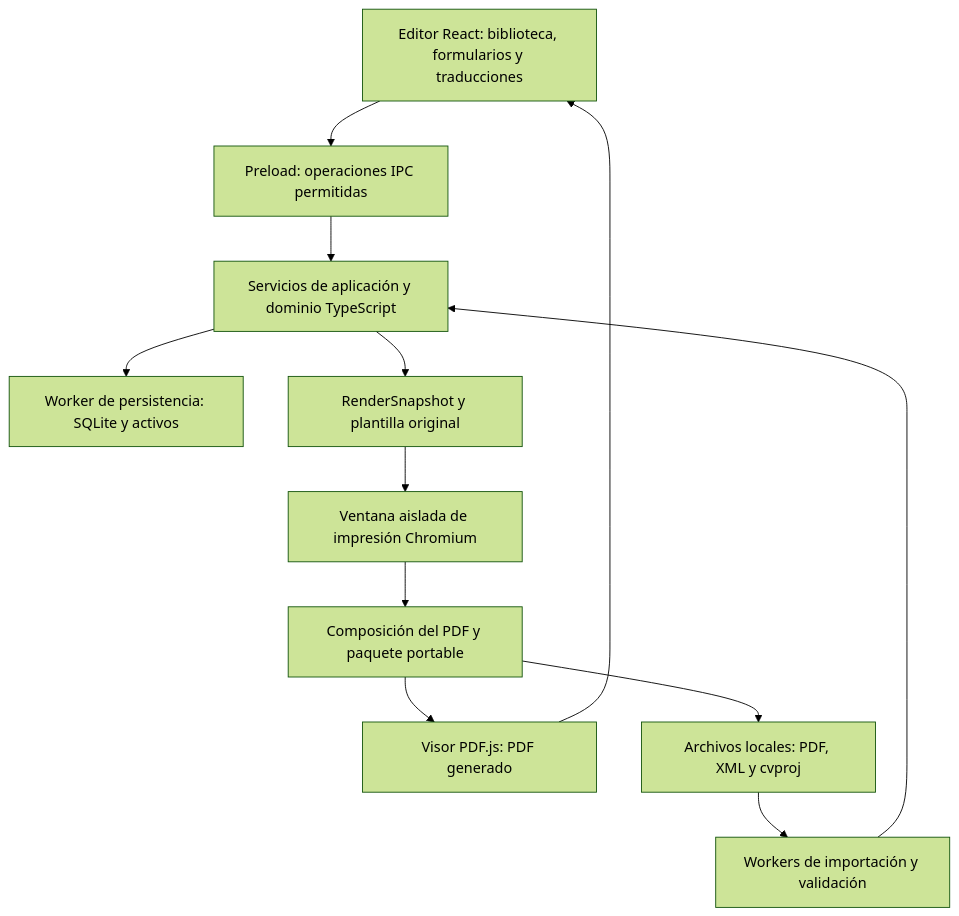
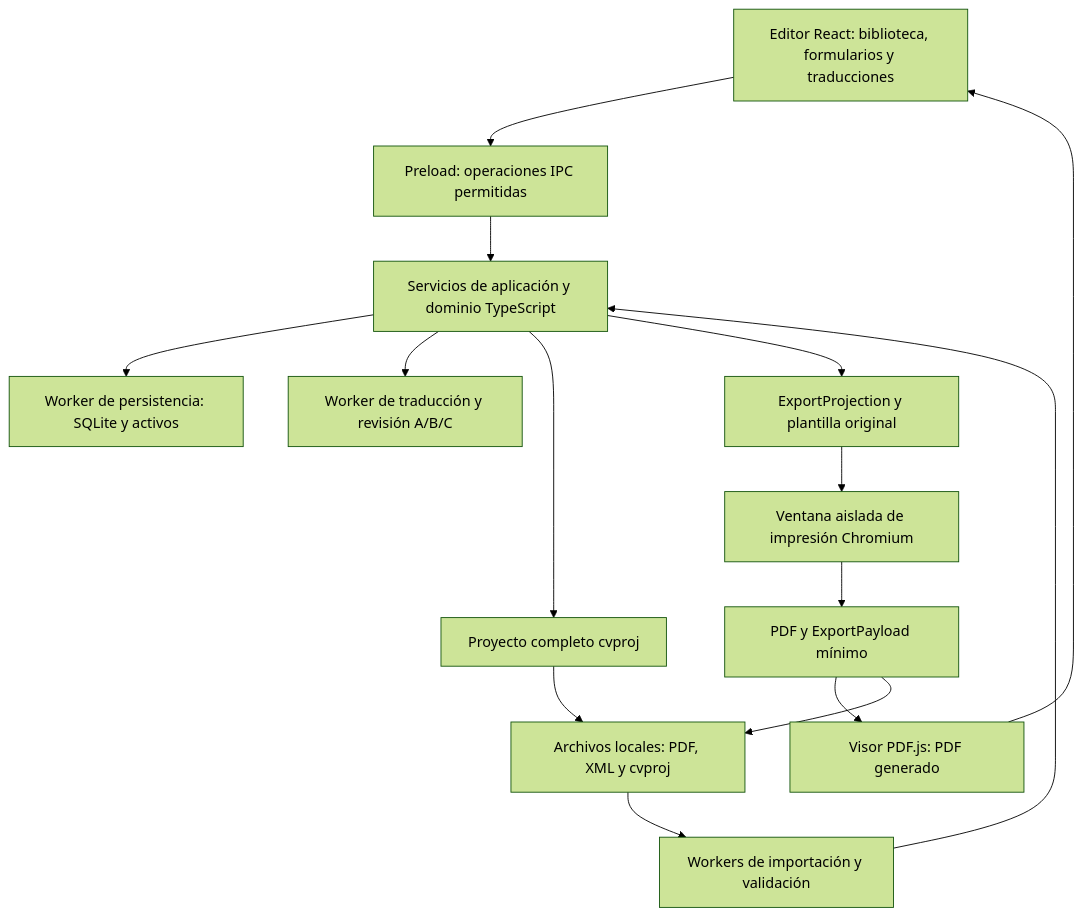
Before and after one commit to alexandruraboaca00/cvpass: the diagram in docs/ARCHITECTURE.md, drawn with Mermaid (forest theme). The commit also changed other lines of this file and 5 other files, not shown here.

````diff
--- a/docs/ARCHITECTURE.md
+++ b/docs/ARCHITECTURE.md
@@ -26,20 +26,24 @@
 ```mermaid
 flowchart TD
     UI[Editor React: biblioteca, formularios y traducciones]
     PRE[Preload: operaciones IPC permitidas]
     APP[Servicios de aplicación y dominio TypeScript]
     STORE[Worker de persistencia: SQLite y activos]
     IMPORT[Workers de importación y validación]
-    RENDER[RenderSnapshot y plantilla original]
+    TRANSLATE[Worker de traducción y revisión A/B/C]
+    RENDER[ExportProjection y plantilla original]
     CHROME[Ventana aislada de impresión Chromium]
-    EXPORT[Composición del PDF y paquete portable]
+    EXPORT[PDF y ExportPayload mínimo]
+    PROJECT[Proyecto completo cvproj]
     VIEW[Visor PDF.js: PDF generado]
     FILES[Archivos locales: PDF, XML y cvproj]
     UI --> PRE --> APP
     APP --> STORE
+    APP --> TRANSLATE
+    APP --> PROJECT --> FILES
     FILES --> IMPORT --> APP
     APP --> RENDER --> CHROME --> EXPORT
     EXPORT --> VIEW
     EXPORT --> FILES
     VIEW --> UI
 ```
````
